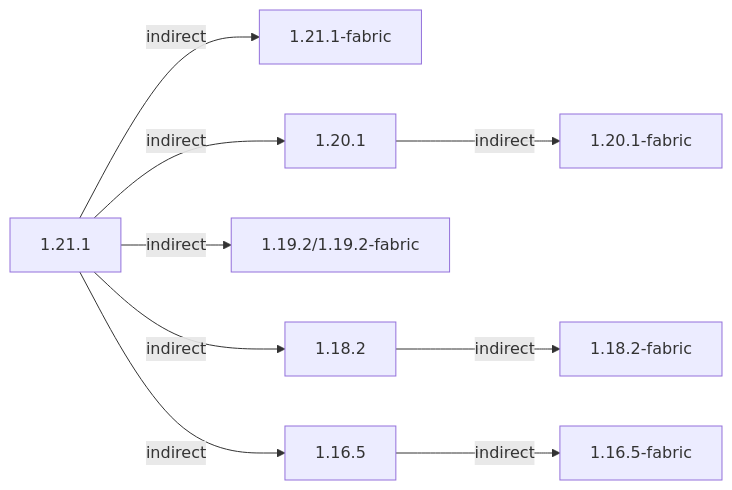
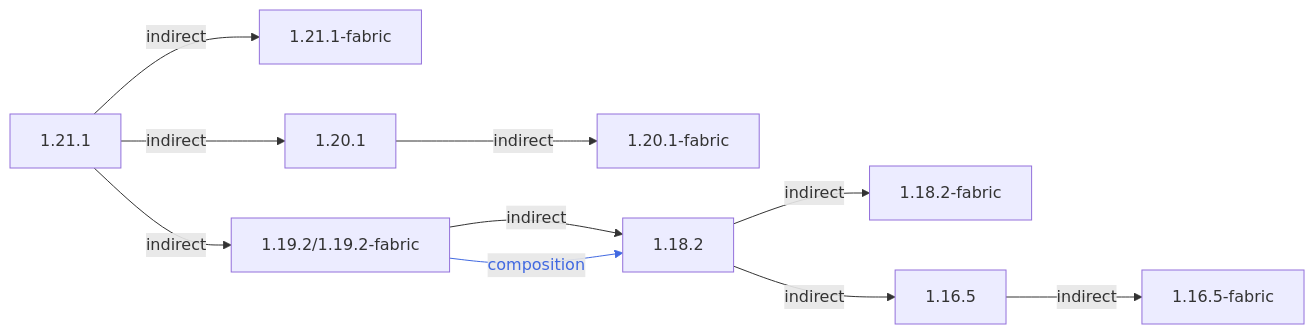
Before and after one commit to CFPAOrg/Minecraft-Mod-Language-Package: the diagram in projects/1.21/assets/macaws-paths-and-pavings/mcwpaths/README.md, drawn with Mermaid. The commit also changed other lines of this file and 28 other files, not shown here.

````diff
--- a/projects/1.21/assets/macaws-paths-and-pavings/mcwpaths/README.md
+++ b/projects/1.21/assets/macaws-paths-and-pavings/mcwpaths/README.md
@@ -3,9 +3,10 @@
 ```mermaid
 flowchart LR
     1.21.1 -->|indirect| 1.21.1-fabric
     1.20.1 -->|indirect| 1.20.1-fabric
-    1.19.2/1.19.2-fabric
-    1.18.2 -->|indirect| 1.18.2-fabric
-    1.16.5 -->|indirect| 1.16.5-fabric
-    1.21.1 -->|indirect| 1.20.1 & 1.19.2/1.19.2-fabric & 1.18.2 & 1.16.5
+    1.21.1 -->|indirect| 1.19.2/1.19.2-fabric -->|indirect| 1.18.2 -->|indirect| 1.18.2-fabric
+    1.19.2/1.19.2-fabric -->|composition| 1.18.2
+    1.18.2 -->|indirect| 1.16.5 -->|indirect| 1.16.5-fabric
+    1.21.1 -->|indirect| 1.20.1
+    linkStyle 5 color:royalblue,stroke:royalblue
 ```
````
